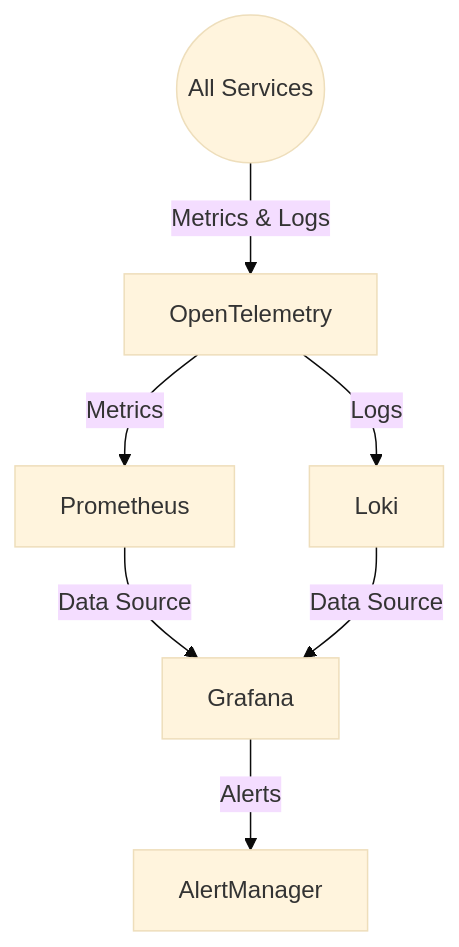
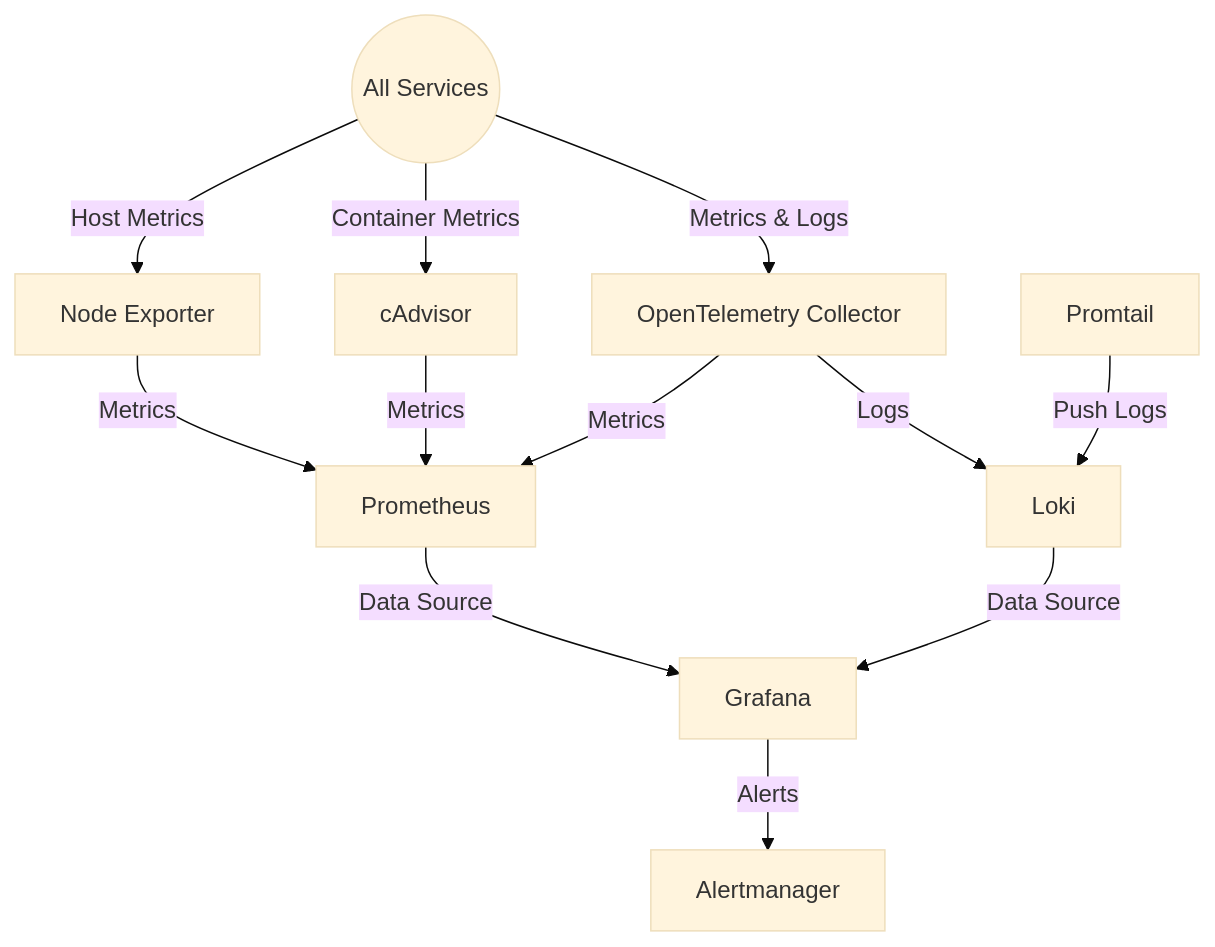
The seventh of 9 diagrams in diagram/services-diageam.md (danialmd81/Code-Star-Project), drawn with Mermaid (base theme) before and after one commit. The commit also changed other lines of this file and 14 other files, not shown here.

````diff
--- a/diagram/services-diageam.md
+++ b/diagram/services-diageam.md
@@ -124,9 +129,14 @@
 ```mermaid
 graph TD
-  AllServices((All Services)) -->|Metrics & Logs| OpenTelemetry
-  OpenTelemetry -->|Metrics| Prometheus
-  OpenTelemetry -->|Logs| Loki
-  Prometheus -->|Data Source| Grafana
+  AllServices((All Services)) -->|Metrics & Logs| OpenTelemetry[OpenTelemetry Collector]
+  AllServices -->|Host Metrics| NodeExporter[Node Exporter]
+  AllServices -->|Container Metrics| cAdvisor[cAdvisor]
+  OpenTelemetry -->|Logs| Loki[Loki]
+  NodeExporter -->|Metrics| Prometheus
+  cAdvisor -->|Metrics| Prometheus
+  OpenTelemetry -->|Metrics| Prometheus[Prometheus]
+  Promtail[Promtail] -->|Push Logs| Loki
+  Prometheus -->|Data Source| Grafana[Grafana]
   Loki -->|Data Source| Grafana
-  Grafana -->|Alerts| AlertManager
+  Grafana -->|Alerts| AlertManager[Alertmanager]
 ```
````
